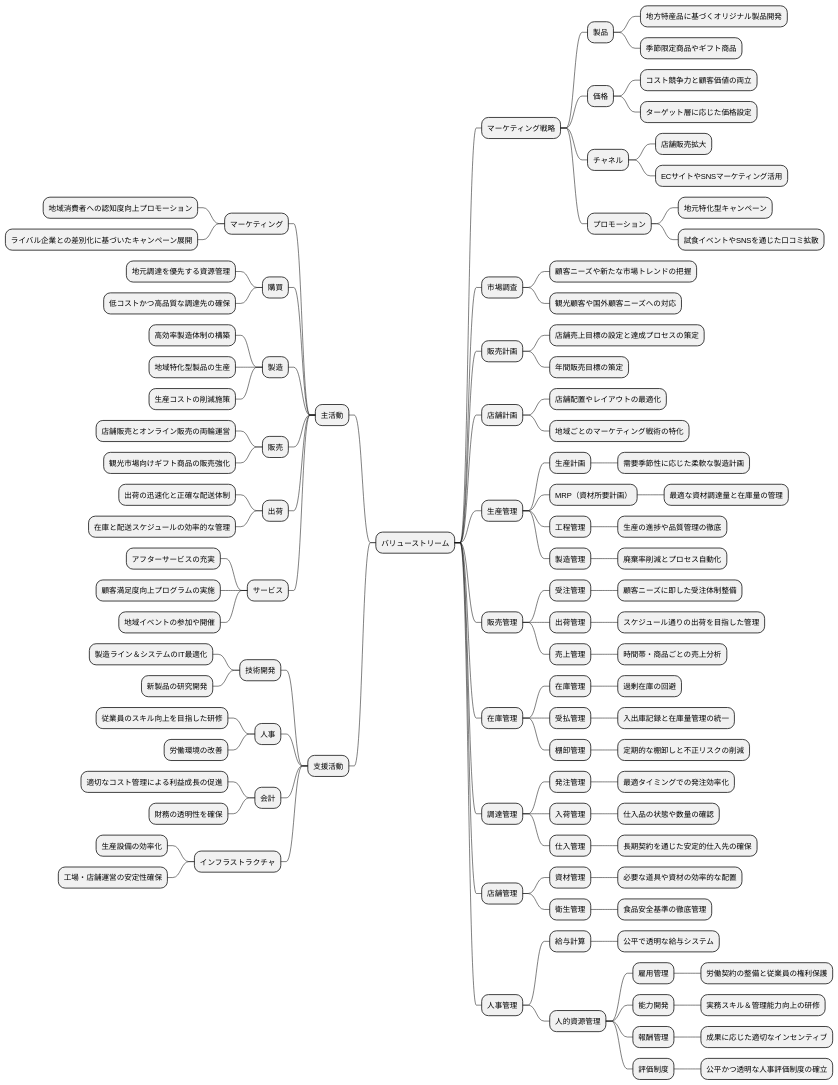
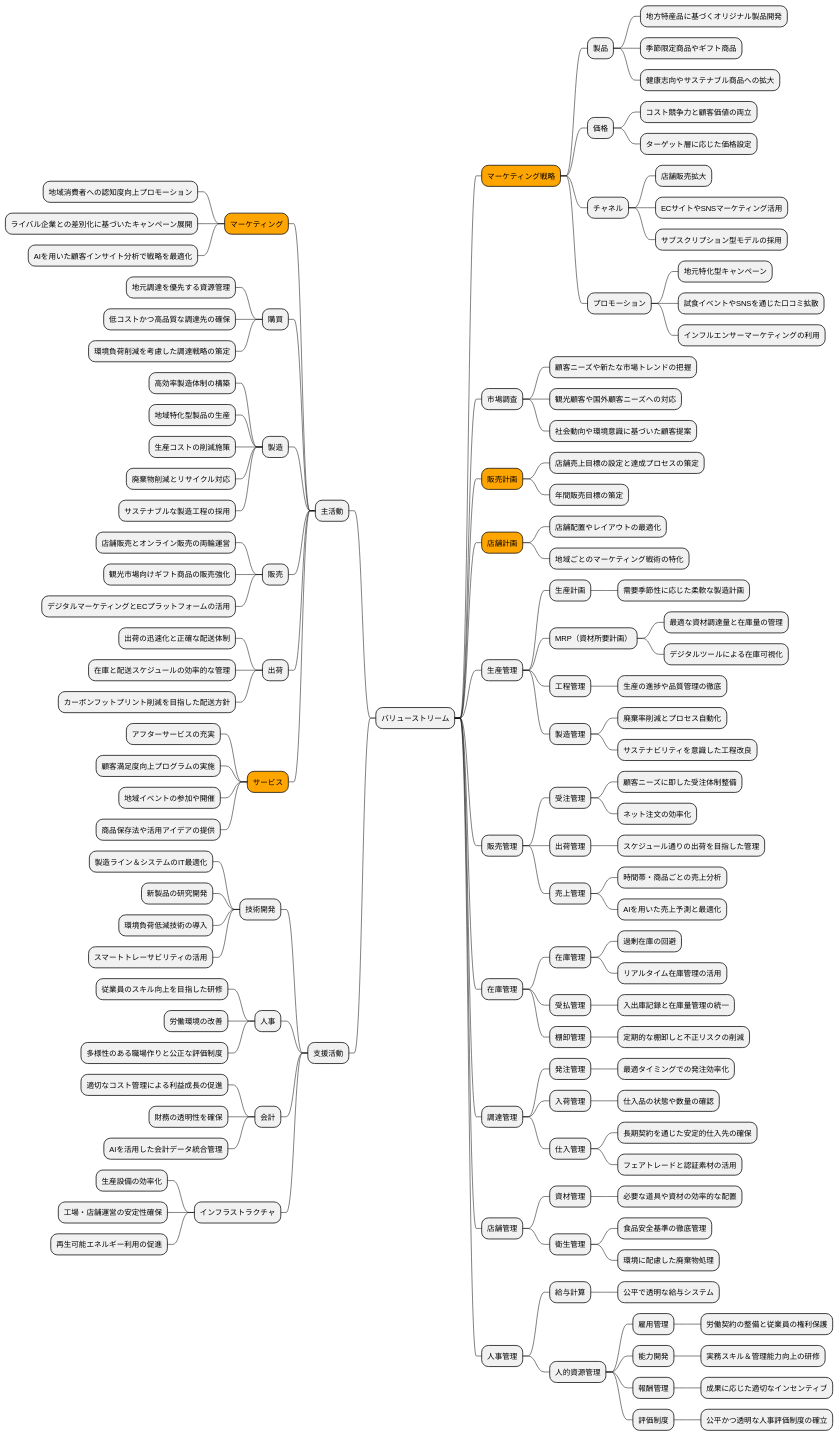
Diagram 12 of 19 in docs/case/r04_case_2.adoc (k2works/case-study-business-analysis), drawn with PlantUML before and after one commit. The commit also changed other lines of this file, not shown here.

```diff
--- a/docs/case/r04_case_2.adoc
+++ b/docs/case/r04_case_2.adoc
@@ -670,60 +647,76 @@
 * バリューストリーム
 left side
 ** 主活動
-*** マーケティング
+***[#orange] マーケティング
 **** 地域消費者への認知度向上プロモーション
 **** ライバル企業との差別化に基づいたキャンペーン展開
+**** AIを用いた顧客インサイト分析で戦略を最適化
 *** 購買
 **** 地元調達を優先する資源管理
 **** 低コストかつ高品質な調達先の確保
+**** 環境負荷削減を考慮した調達戦略の策定
 *** 製造
 **** 高効率製造体制の構築
 **** 地域特化型製品の生産
 **** 生産コストの削減施策
+**** 廃棄物削減とリサイクル対応
+**** サステナブルな製造工程の採用
 *** 販売
 **** 店舗販売とオンライン販売の両輪運営
 **** 観光市場向けギフト商品の販売強化
+**** デジタルマーケティングとECプラットフォームの活用
 *** 出荷
 **** 出荷の迅速化と正確な配送体制
 **** 在庫と配送スケジュールの効率的な管理
-*** サービス
+**** カーボンフットプリント削減を目指した配送方針
+***[#orange] サービス
 **** アフターサービスの充実
 **** 顧客満足度向上プログラムの実施
 **** 地域イベントの参加や開催
+**** 商品保存法や活用アイデアの提供
 ** 支援活動
 *** 技術開発
 **** 製造ライン＆システムのIT最適化
 **** 新製品の研究開発
+**** 環境負荷低減技術の導入
+**** スマートトレーサビリティの活用
 *** 人事
 **** 従業員のスキル向上を目指した研修
 **** 労働環境の改善
+**** 多様性のある職場作りと公正な評価制度
 *** 会計
 **** 適切なコスト管理による利益成長の促進
 **** 財務の透明性を確保
+**** AIを活用した会計データ統合管理
 *** インフラストラクチャ
 **** 生産設備の効率化
 **** 工場・店舗運営の安定性確保
+**** 再生可能エネルギー利用の促進
 right side
-** マーケティング戦略
+**[#orange] マーケティング戦略
 *** 製品
 **** 地方特産品に基づくオリジナル製品開発
 **** 季節限定商品やギフト商品
+**** 健康志向やサステナブル商品への拡大
 *** 価格
 **** コスト競争力と顧客価値の両立
 **** ターゲット層に応じた価格設定
 *** チャネル
 **** 店舗販売拡大
 **** ECサイトやSNSマーケティング活用
+**** サブスクリプション型モデルの採用
 *** プロモーション
 **** 地元特化型キャンペーン
 **** 試食イベントやSNSを通じた口コミ拡散
+**** インフルエンサーマーケティングの利用
 ** 市場調査
 *** 顧客ニーズや新たな市場トレンドの把握
 *** 観光顧客や国外顧客ニーズへの対応
-** 販売計画
+*** 社会動向や環境意識に基づいた顧客提案
+**[#orange] 販売計画
 *** 店舗売上目標の設定と達成プロセスの策定
 *** 年間販売目標の策定
-** 店舗計画
+**[#orange] 店舗計画
 *** 店舗配置やレイアウトの最適化
 *** 地域ごとのマーケティング戦術の特化
 ** 生産管理
@@ -731,20 +724,25 @@
 **** 需要季節性に応じた柔軟な製造計画
 *** MRP（資材所要計画）
 **** 最適な資材調達量と在庫量の管理
+**** デジタルツールによる在庫可視化
 *** 工程管理
 **** 生産の進捗や品質管理の徹底
 *** 製造管理
 **** 廃棄率削減とプロセス自動化
+**** サステナビリティを意識した工程改良
 ** 販売管理
 *** 受注管理
 **** 顧客ニーズに即した受注体制整備
+**** ネット注文の効率化
 *** 出荷管理
 **** スケジュール通りの出荷を目指した管理
 *** 売上管理
 **** 時間帯・商品ごとの売上分析
+**** AIを用いた売上予測と最適化
 ** 在庫管理
 *** 在庫管理
 **** 過剰在庫の回避
+**** リアルタイム在庫管理の活用
 *** 受払管理
 **** 入出庫記録と在庫量管理の統一
 *** 棚卸管理
@@ -756,11 +754,13 @@
 **** 仕入品の状態や数量の確認
 *** 仕入管理
 **** 長期契約を通じた安定的仕入先の確保
+**** フェアトレードと認証素材の活用
 ** 店舗管理
 *** 資材管理
 **** 必要な道具や資材の効率的な配置
 *** 衛生管理
 **** 食品安全基準の徹底管理
+**** 環境に配慮した廃棄物処理
 ** 人事管理
 *** 給与計算
 **** 公平で透明な給与システム
@@ -773,6 +773,5 @@
 ***** 成果に応じた適切なインセンティブ
 **** 評価制度
 ***** 公平かつ透明な人事評価制度の確立
-
 @endmindmap
 ----
```
